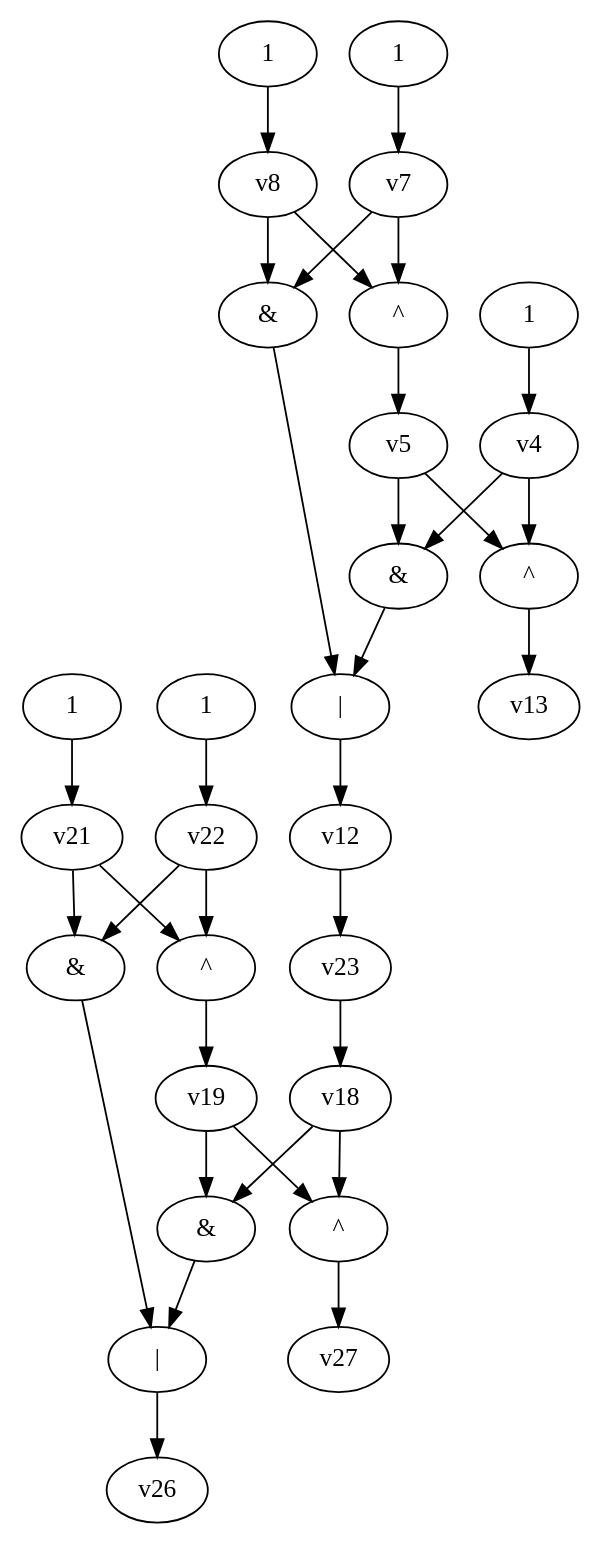
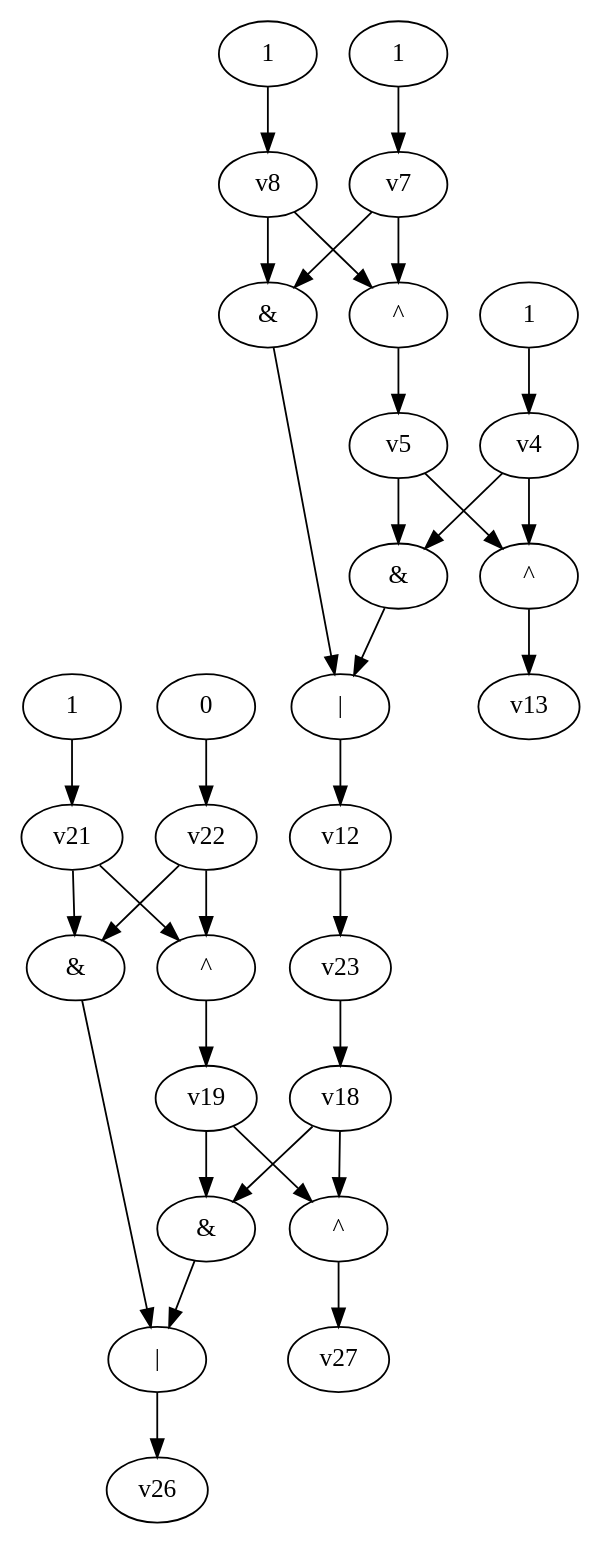
The diagram in dot_files/testAdder.dot (yadej/graph_project), drawn with Graphviz before and after one commit. The commit also changed 4 other files, not shown here.

```diff
--- a/dot_files/testAdder.dot
+++ b/dot_files/testAdder.dot
@@ -1,49 +1,49 @@
 digraph G { 
 v14 [label="|"]; 
 v15 [label="&"]; 
 v16 [label="&"]; 
 v17 [label="^"]; 
 v20 [label="^"]; 
 v24 [label="1"]; 
-v25 [label="1"]; 
+v25 [label="0"]; 
 v0 [label="|"]; 
 v1 [label="&"]; 
 v2 [label="&"]; 
 v3 [label="^"]; 
 v6 [label="^"]; 
 v9 [label="1"]; 
 v10 [label="1"]; 
 v11 [label="1"]; 
 v14 -> v26;
 v15 -> v14;
 v16 -> v14;
 v17 -> v27;
 v18 -> v17;
 v18 -> v15;
 v19 -> v17;
 v19 -> v15;
 v20 -> v19;
 v21 -> v20;
 v21 -> v16;
 v22 -> v20;
 v22 -> v16;
 v23 -> v18;
 v24 -> v21;
 v25 -> v22;
 v0 -> v12 -> v23;
 v1 -> v0;
 v2 -> v0;
 v3 -> v13;
 v4 -> v3;
 v4 -> v1;
 v5 -> v3;
 v5 -> v1;
 v6 -> v5;
 v7 -> v6;
 v7 -> v2;
 v8 -> v6;
 v8 -> v2;
 v9 -> v4;
 v10 -> v7;
 v11 -> v8;
 }
```
